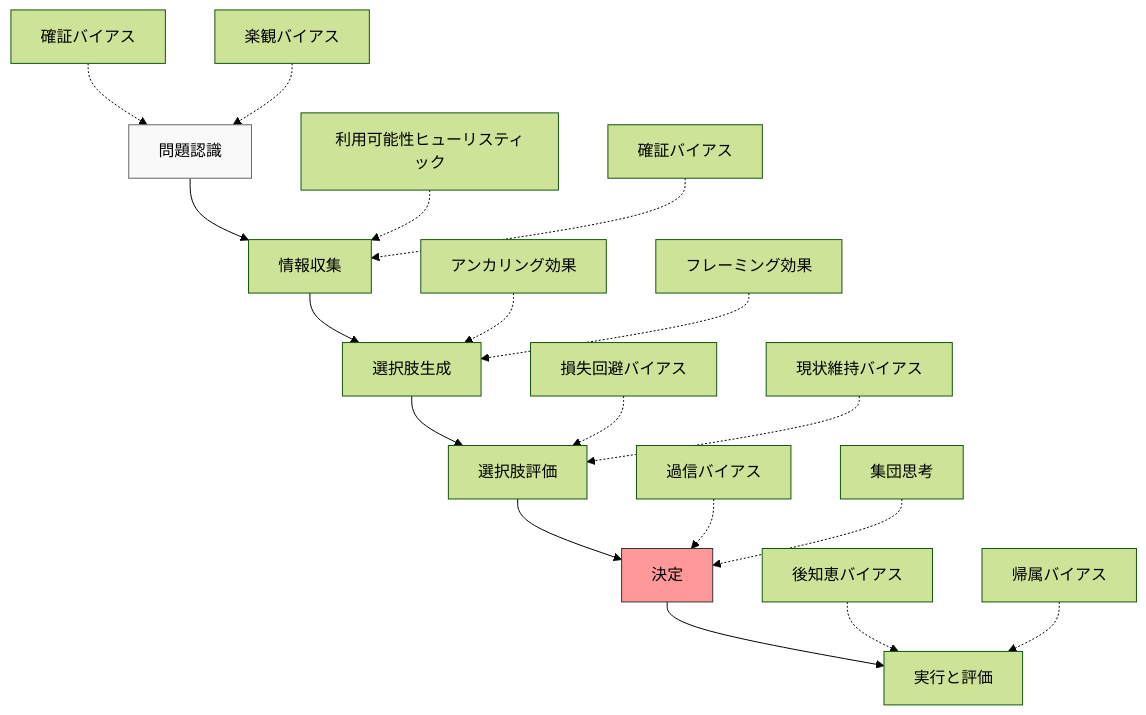
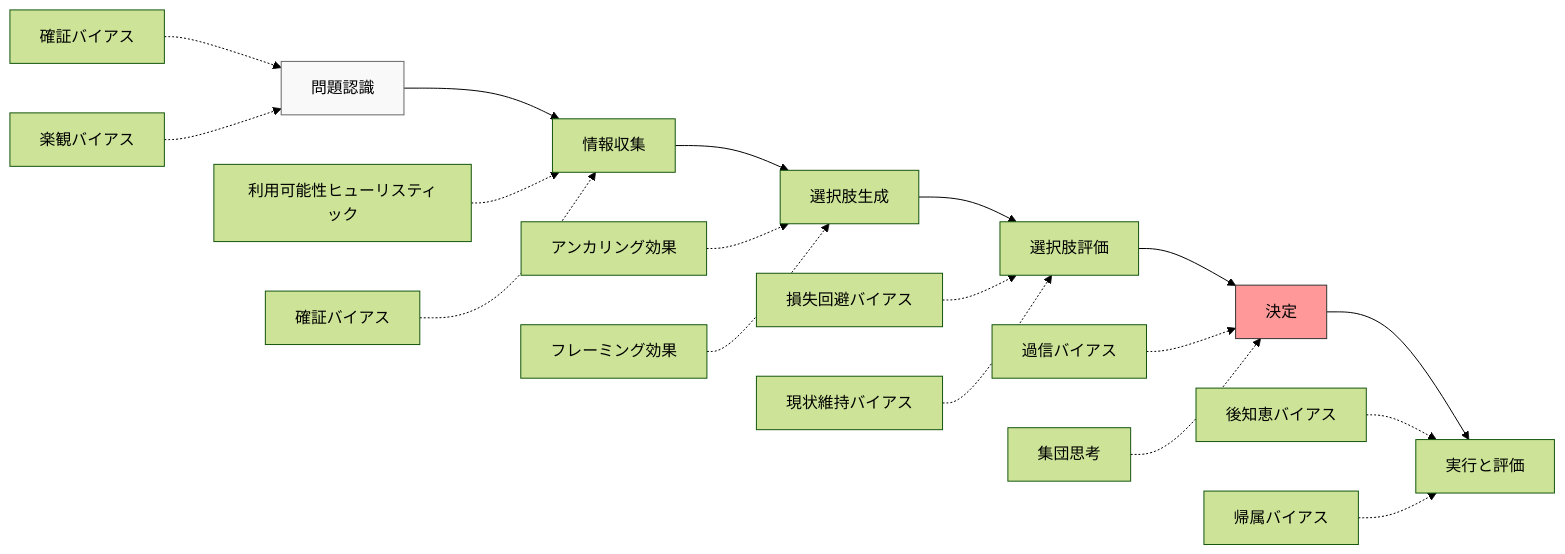
Before and after one commit to shuji-bonji/Situational-Awareness-and-Decision-Making: the second of 4 diagrams in docs/decision-making-guide/cognitive-biases.md, drawn with Mermaid (forest theme). The commit also changed 4 other files, not shown here.

````diff
--- a/docs/decision-making-guide/cognitive-biases.md
+++ b/docs/decision-making-guide/cognitive-biases.md
@@ -91,29 +91,29 @@
 ```mermaid
-graph TD
+graph LR
     A[問題認識] --> B[情報収集]
     B --> C[選択肢生成]
     C --> D[選択肢評価]
     D --> E[決定]
     E --> F[実行と評価]
     
     A1[確証バイアス] -.-> A
     A2[楽観バイアス] -.-> A
     
     B1[利用可能性ヒューリスティック] -.-> B
     B2[確証バイアス] -.-> B
     
     C1[アンカリング効果] -.-> C
     C2[フレーミング効果] -.-> C
     
     D1[損失回避バイアス] -.-> D
     D2[現状維持バイアス] -.-> D
     
     E1[過信バイアス] -.-> E
     E2[集団思考] -.-> E
     
     F1[後知恵バイアス] -.-> F
     F2[帰属バイアス] -.-> F
     
     style A fill:#f9f9f9,stroke:#666
     style E fill:#ff9999,stroke:#333
 ```
````
